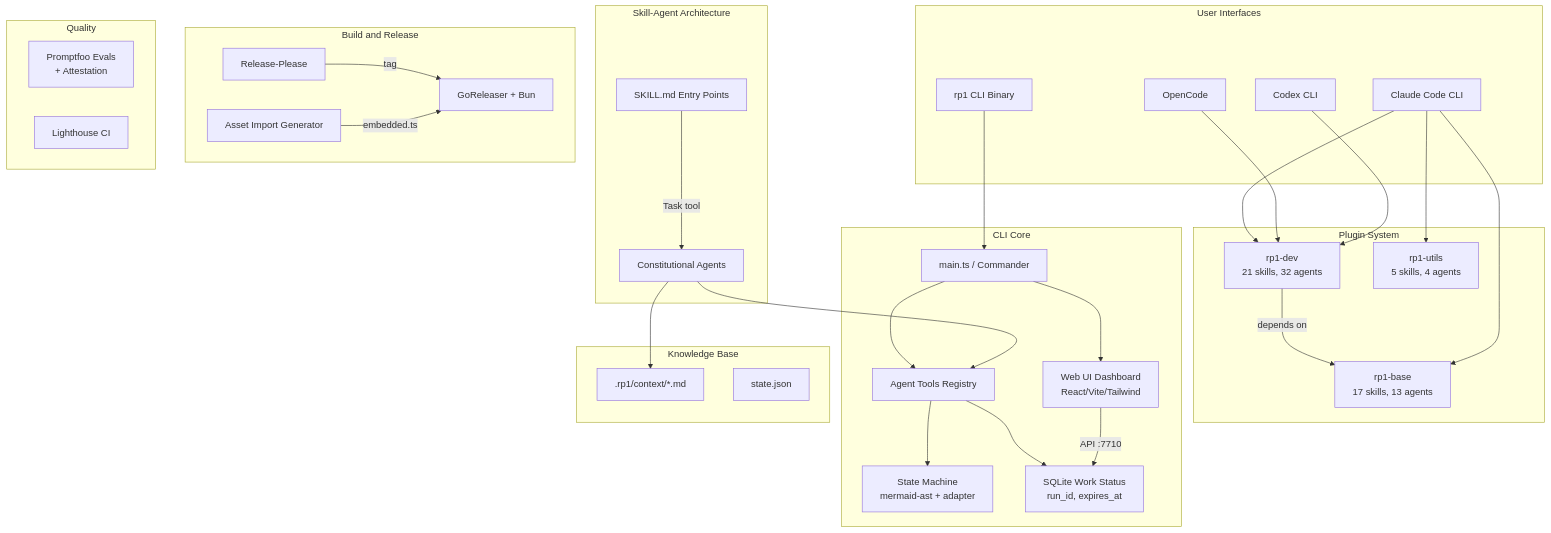
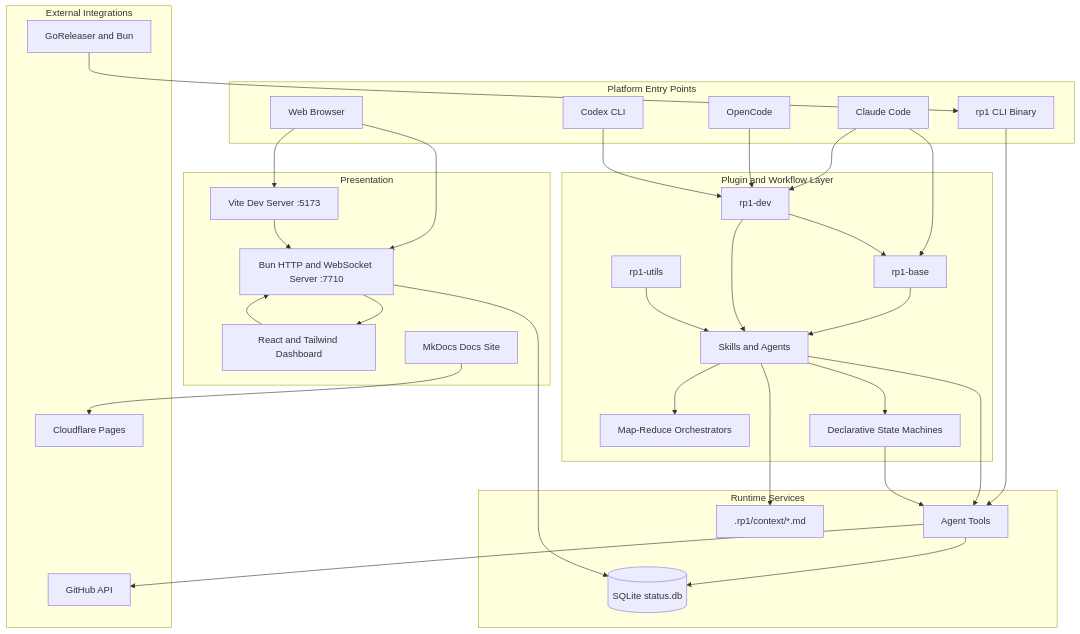
One commit to rp1-run/rp1 changed the diagram in .rp1/context/architecture.md. Above: the diagram before and after it, drawn with Mermaid. The commit also changed other lines of this file and 7 other files, not shown here.

````diff
--- a/.rp1/context/architecture.md
+++ b/.rp1/context/architecture.md
@@ -9,62 +9,66 @@
 ```mermaid
-graph TB
-    subgraph "User Interfaces"
-        CC[Claude Code CLI]
+flowchart TB
+    subgraph Platforms[Platform Entry Points]
+        CC[Claude Code]
         OC[OpenCode]
         CX[Codex CLI]
-        CLI[rp1 CLI Binary]
+        BIN[rp1 CLI Binary]
+        WEB[Web Browser]
     end
 
-    subgraph "Plugin System"
-        Base["rp1-base\n17 skills, 13 agents"]
-        Dev["rp1-dev\n21 skills, 32 agents"]
-        Utils["rp1-utils\n5 skills, 4 agents"]
-        Dev -->|depends on| Base
+    subgraph Plugins[Plugin and Workflow Layer]
+        BASE[rp1-base]
+        DEV[rp1-dev]
+        UTILS[rp1-utils]
+        SKILLS[Skills and Agents]
+        MAPR[Map-Reduce Orchestrators]
+        STM[Declarative State Machines]
     end
 
-    subgraph "Skill-Agent Architecture"
-        Skills[SKILL.md Entry Points]
-        Agents[Constitutional Agents]
-        Skills -->|Task tool| Agents
+    subgraph Runtime[Runtime Services]
+        TOOLS[Agent Tools]
+        DB[(SQLite status.db)]
+        KB[.rp1/context/*.md]
     end
 
-    subgraph "CLI Core"
-        Main[main.ts / Commander]
-        AgentTools[Agent Tools Registry]
-        SM["State Machine\nmermaid-ast + adapter"]
-        WebUI["Web UI Dashboard\nReact/Vite/Tailwind"]
-        SQLite["SQLite Work Status\nrun_id, expires_at"]
-        Main --> AgentTools
-        Main --> WebUI
-        AgentTools --> SQLite
-        AgentTools --> SM
+    subgraph UI[Presentation]
+        WS[Bun HTTP and WebSocket Server :7710]
+        VITE[Vite Dev Server :5173]
+        DASH[React and Tailwind Dashboard]
+        DOCS[MkDocs Docs Site]
     end
 
-    subgraph "Knowledge Base"
-        KB[".rp1/context/*.md"]
-        State[state.json]
+    subgraph External[External Integrations]
+        GH[GitHub API]
+        REL[GoReleaser and Bun]
+        CF[Cloudflare Pages]
     end
 
-    subgraph "Build and Release"
-        RP[Release-Please]
-        GR[GoReleaser + Bun]
-        AssetGen[Asset Import Generator]
-        RP -->|tag| GR
-        AssetGen -->|embedded.ts| GR
-    end
+    CC --> BASE
+    CC --> DEV
+    OC --> DEV
+    CX --> DEV
+    BIN --> TOOLS
+    WEB --> VITE
+    WEB --> WS
 
-    subgraph "Quality"
-        Evals["Promptfoo Evals\n+ Attestation"]
-        LHCI[Lighthouse CI]
-    end
+    DEV --> BASE
+    BASE --> SKILLS
+    DEV --> SKILLS
+    UTILS --> SKILLS
+    SKILLS --> MAPR
+    SKILLS --> STM
+    SKILLS --> TOOLS
+    SKILLS --> KB
 
-    CC --> Base
-    CC --> Dev
-    CC --> Utils
-    OC --> Dev
-    CX --> Dev
-    CLI --> Main
-    Agents --> KB
-    Agents --> AgentTools
-    WebUI -->|API :7710| SQLite
+    STM --> TOOLS
+    TOOLS --> DB
+    TOOLS --> GH
+    WS --> DB
+    WS --> DASH
+    VITE --> WS
+    DASH --> WS
+
+    REL --> BIN
+    DOCS --> CF
 ```
````
